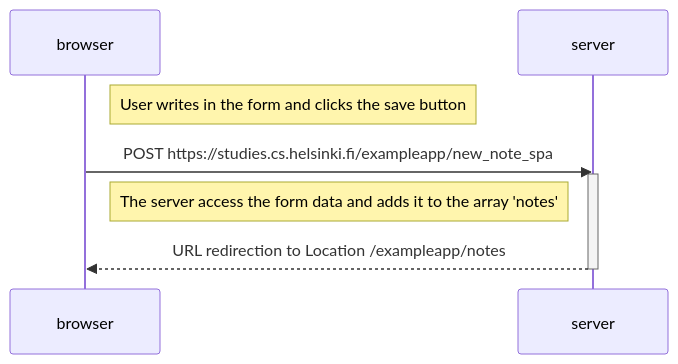
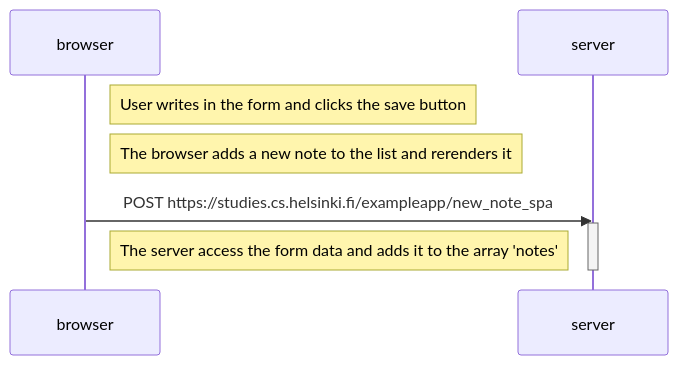
The diagram in part0/new_note_in_single_page_app_diagram.md (santiagotena/full_stack_open), drawn with Mermaid before and after one commit.

````diff
--- a/part0/new_note_in_single_page_app_diagram.md
+++ b/part0/new_note_in_single_page_app_diagram.md
@@ -1,12 +1,12 @@
 ```mermaid
 sequenceDiagram
     participant browser
     participant server
 
     Note right of browser: User writes in the form and clicks the save button
+    Note right of browser: The browser adds a new note to the list and rerenders it
     browser->>server: POST https://studies.cs.helsinki.fi/exampleapp/new_note_spa
     activate server
     Note left of server: The server access the form data and adds it to the array 'notes'
-    server-->>browser: URL redirection to Location /exampleapp/notes
     deactivate server
 ```
````
